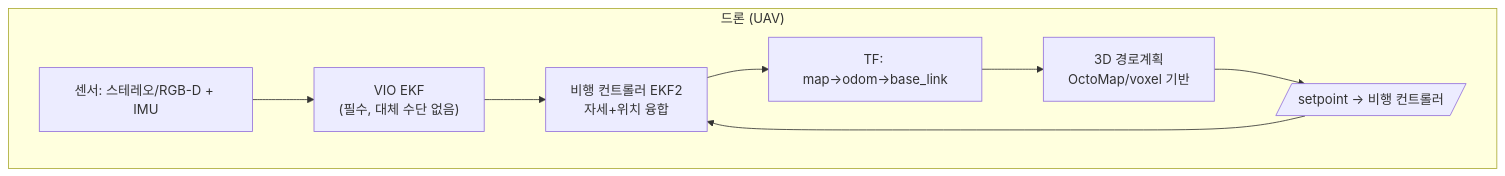
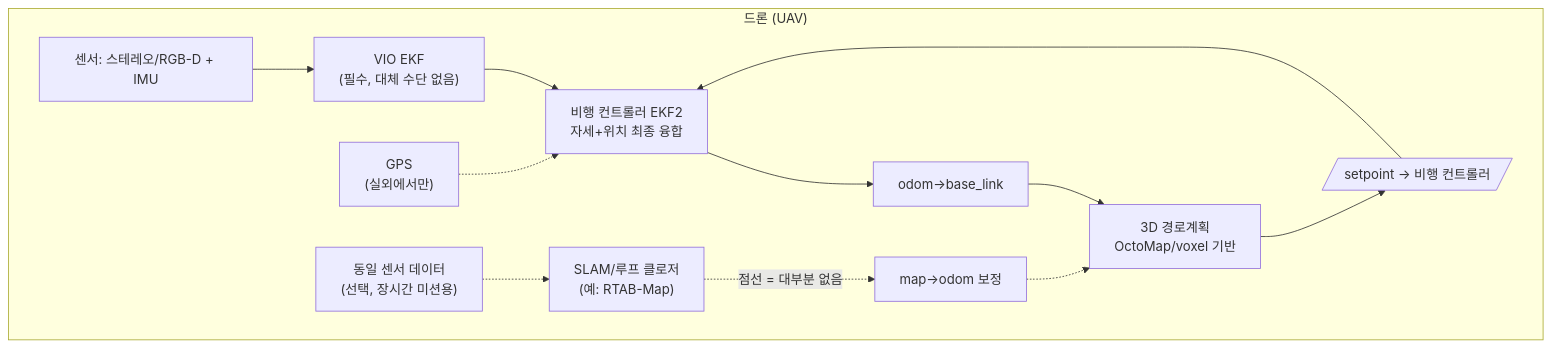
The second of 2 diagrams in 7_드론 적용 Part E/E0_지상로봇과_드론은_무엇이_다른가.md (codebaragi23/ROS2-doc), drawn with Mermaid before and after one commit. The commit also changed other lines of this file, not shown here.

First line of the commit message:
fix: E0 다이어그램의 odom/map 계층 혼동 수정, X3 표기를 Yahboom으로 통일

````diff
--- a/7_드론 적용 Part E/E0_지상로봇과_드론은_무엇이_다른가.md
+++ b/7_드론 적용 Part E/E0_지상로봇과_드론은_무엇이_다른가.md
@@ -80,14 +82,21 @@
 ```mermaid
 flowchart TB
     subgraph AIR["드론 (UAV)"]
         AS[센서: 스테레오/RGB-D + IMU] --> AVIO["VIO EKF
 (필수, 대체 수단 없음)"]
-        AVIO --> AFC[비행 컨트롤러 EKF2
-자세+위치 융합]
-        AFC --> ATF[TF: map→odom→base_link]
-        ATF --> ANAV[3D 경로계획
+        AVIO --> AFC["비행 컨트롤러 EKF2
+자세+위치 최종 융합"]
+        AGPS["GPS
+(실외에서만)"] -.-> AFC
+        AFC --> AODOM[odom→base_link]
+        AS2["동일 센서 데이터
+(선택, 장시간 미션용)"] -.-> AMAP["SLAM/루프 클로저
+(예: RTAB-Map)"]
+        AMAP -.점선 = 대부분 없음.-> AMAPODOM[map→odom 보정]
+        AODOM --> ANAV[3D 경로계획
 OctoMap/voxel 기반]
+        AMAPODOM -.-> ANAV
         ANAV --> ASP[/setpoint → 비행 컨트롤러/]
         ASP --> AFC
     end
 ```
````
